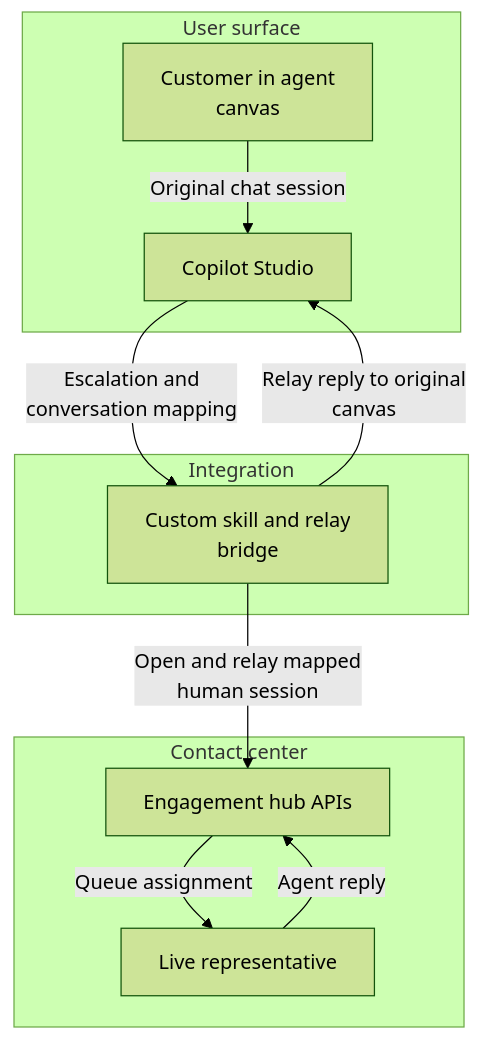
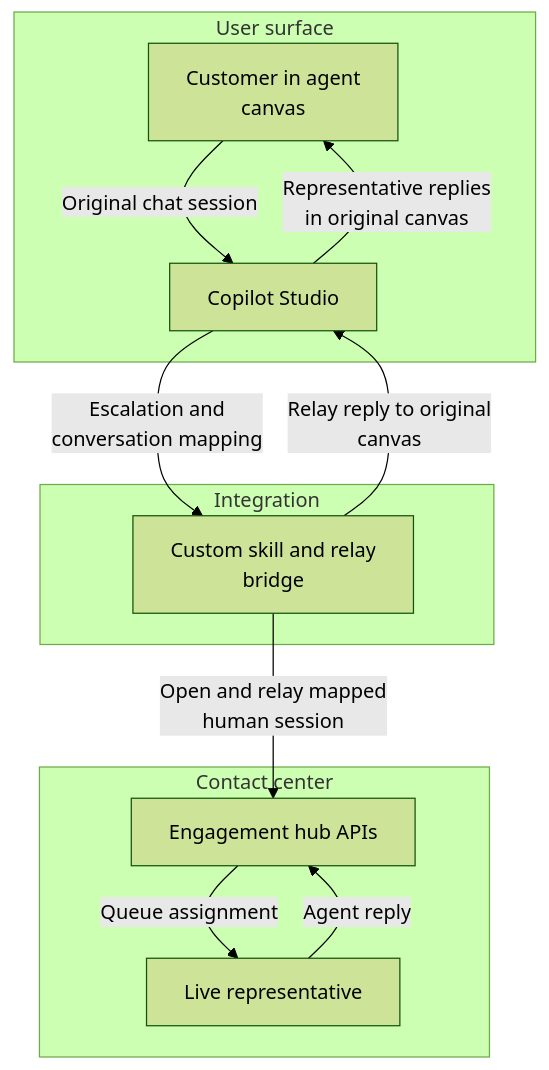
Before and after one commit to abhishek-ai-enabler/copilotstudio-architecture-patterns: the first of 2 diagrams in decision-patterns/bot-front-handoff.md, drawn with Mermaid (forest theme). The commit also changed other lines of this file and 41 other files, not shown here.

First line of the commit message:
Review diagrams: add return paths and fix flow accuracy

````diff
--- a/decision-patterns/bot-front-handoff.md
+++ b/decision-patterns/bot-front-handoff.md
@@ -7,22 +7,23 @@
 ```mermaid
 flowchart TB
     accTitle: Handoff 2: Copilot Studio in front (Bot-in-the-Loop) - architecture
     accDescr: Keeping the agent canvas means operating a two-way bridge for the human leg. Decide who owns message correlation and recovery when either session disconnects.
     subgraph group0["User surface"]
         U["Customer in agent<br/>canvas"]
         A["Copilot Studio"]
     end
     subgraph group2["Integration"]
         B["Custom skill and relay<br/>bridge"]
     end
     subgraph group3["Contact center"]
         Q["Engagement hub APIs"]
         H["Live representative"]
     end
     U -->|"Original chat session"| A
     A -->|"Escalation and<br/>conversation mapping"| B
     B -->|"Open and relay mapped<br/>human session"| Q
     Q -->|"Queue assignment"| H
     H -->|"Agent reply"| Q
     B -->|"Relay reply to original<br/>canvas"| A
+    A -->|"Representative replies<br/>in original canvas"| U
 ```
````
